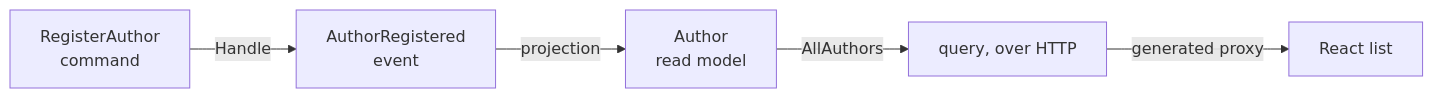
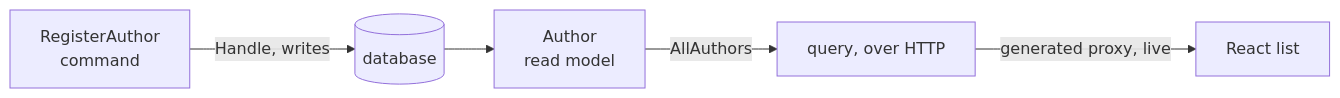
One commit to Cratis/Arc changed the diagram in Documentation/tutorial/first-slice.mdx. Above: the diagram before and after it, drawn with Mermaid. The commit also changed other lines of this file and 3 other files, not shown here.

````diff
--- a/Documentation/tutorial/first-slice.mdx
+++ b/Documentation/tutorial/first-slice.mdx
@@ -13,7 +13,7 @@
 ```mermaid
 flowchart LR
-    Cmd["RegisterAuthor<br/>command"] -->|Handle| Evt["AuthorRegistered<br/>event"]
-    Evt -->|projection| RM["Author<br/>read model"]
+    Cmd["RegisterAuthor<br/>command"] -->|Handle, writes| DB[("database")]
+    DB --> RM["Author<br/>read model"]
     RM -->|AllAuthors| Q["query, over HTTP"]
-    Q -->|generated proxy| UI["React list"]
+    Q -->|generated proxy, live| UI["React list"]
 ```
````
